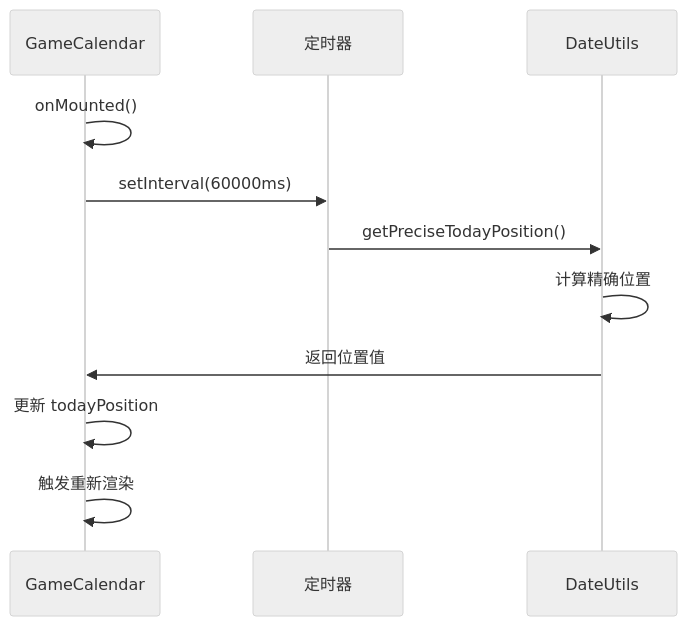
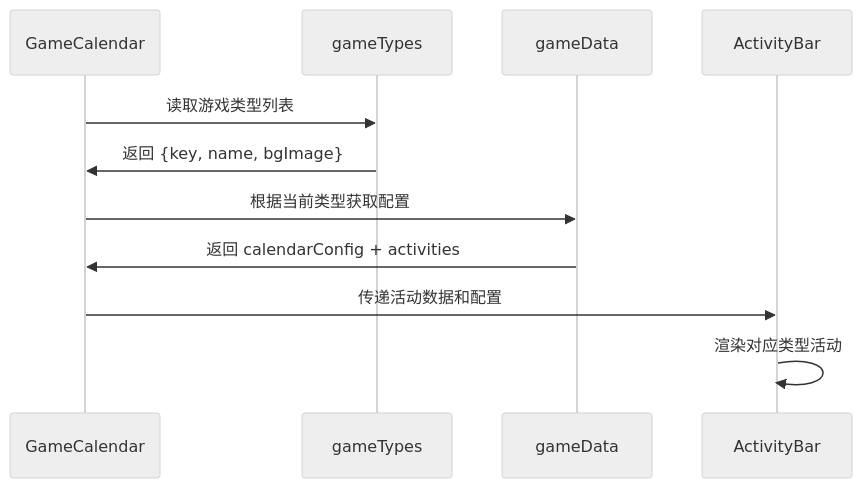
Before and after one commit to xuanyulingnfeg/gameCalendar: the fourth of 10 diagrams in .qoder/repowiki/zh/content/核心组件/GameCalendar 主容器组件.md, drawn with Mermaid (neutral theme). The commit also changed other lines of this file and 5 other files, not shown here.

````diff
--- a/.qoder/repowiki/zh/content/核心组件/GameCalendar 主容器组件.md
+++ b/.qoder/repowiki/zh/content/核心组件/GameCalendar 主容器组件.md
@@ -174,13 +198,13 @@
 ```mermaid
 sequenceDiagram
 participant GC as GameCalendar
-participant Timer as 定时器
-participant DI as DateUtils
-GC->>GC : onMounted()
-GC->>Timer : setInterval(60000ms)
-Timer->>DI : getPreciseTodayPosition()
-DI->>DI : 计算精确位置
-DI->>GC : 返回位置值
-GC->>GC : 更新 todayPosition
-GC->>GC : 触发重新渲染
+participant GT as gameTypes
+participant GD as gameData
+participant AC as ActivityBar
+GC->>GT : 读取游戏类型列表
+GT->>GC : 返回 {key, name, bgImage}
+GC->>GD : 根据当前类型获取配置
+GD->>GC : 返回 calendarConfig + activities
+GC->>AC : 传递活动数据和配置
+AC->>AC : 渲染对应类型活动
 ```
````
